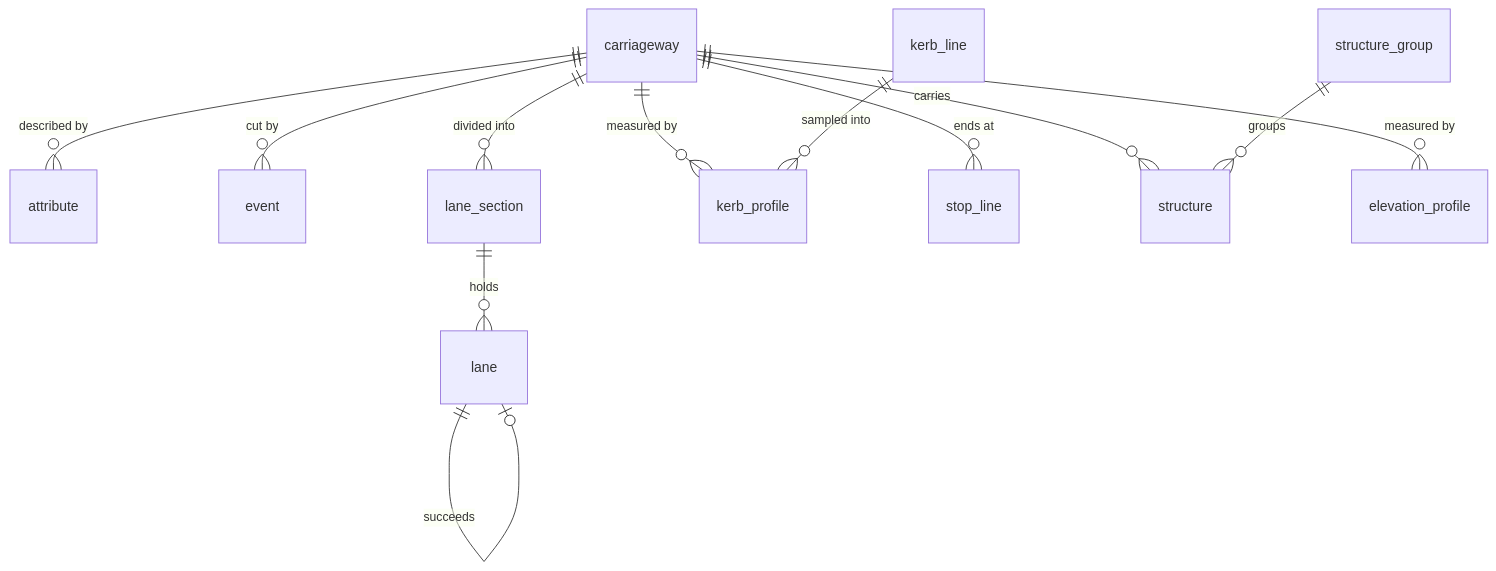
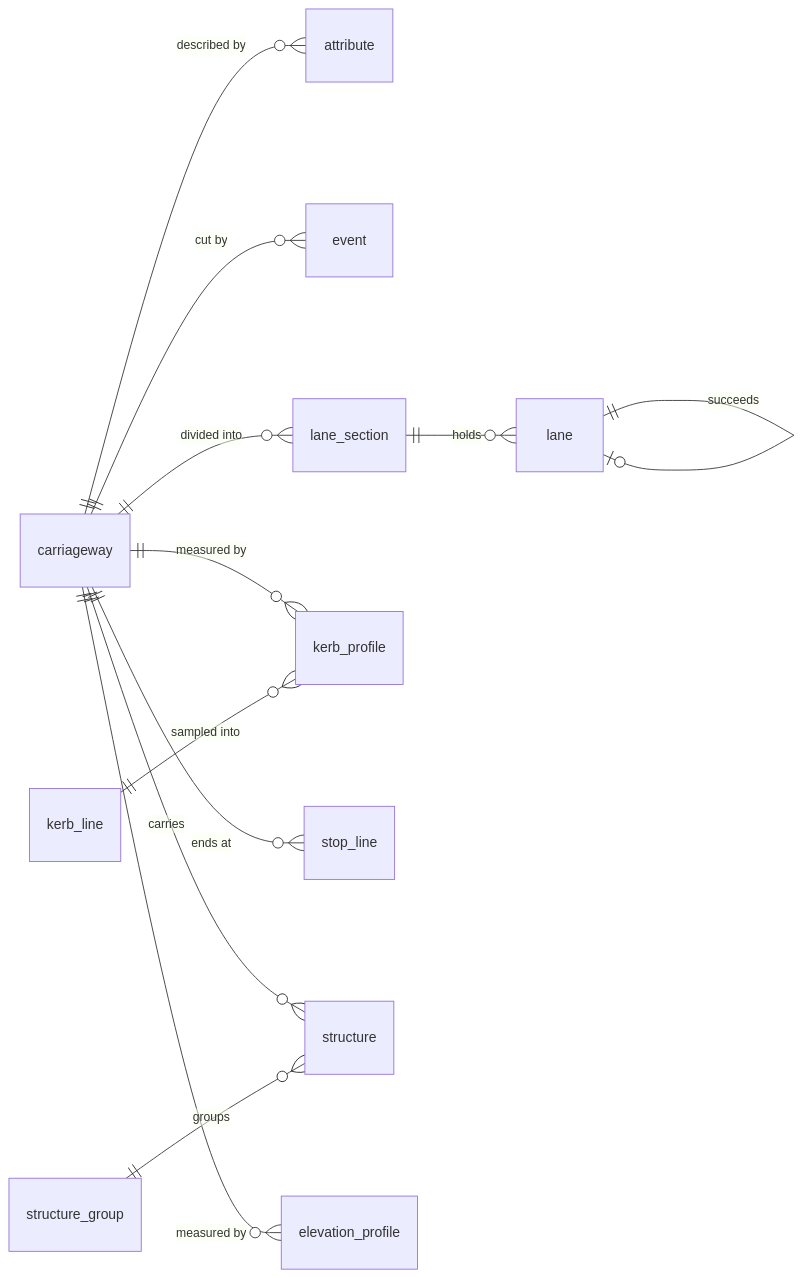
One commit to Khoshkhah/duckOSM changed the first of 3 diagrams in docs/exports/hdmap_tables.md. Above: the diagram before and after it, drawn with Mermaid. The commit also changed 1 other file, not shown here.

Commit message:
Docs: the HD map schema diagrams fit the page
The road diagram goes left to right, and the project has its own small diagram.

````diff
--- a/docs/exports/hdmap_tables.md
+++ b/docs/exports/hdmap_tables.md
@@ -24,14 +24,15 @@
 ```mermaid
 erDiagram
+    direction LR
     carriageway ||--o{ attribute : "described by"
     carriageway ||--o{ event : "cut by"
     carriageway ||--o{ lane_section : "divided into"
     carriageway ||--o{ kerb_profile : "measured by"
     carriageway ||--o{ stop_line : "ends at"
     carriageway ||--o{ structure : carries
     carriageway ||--o{ elevation_profile : "measured by"
     structure_group ||--o{ structure : groups
     kerb_line ||--o{ kerb_profile : "sampled into"
     lane_section ||--o{ lane : holds
     lane ||--o| lane : "succeeds"
 ```
````
